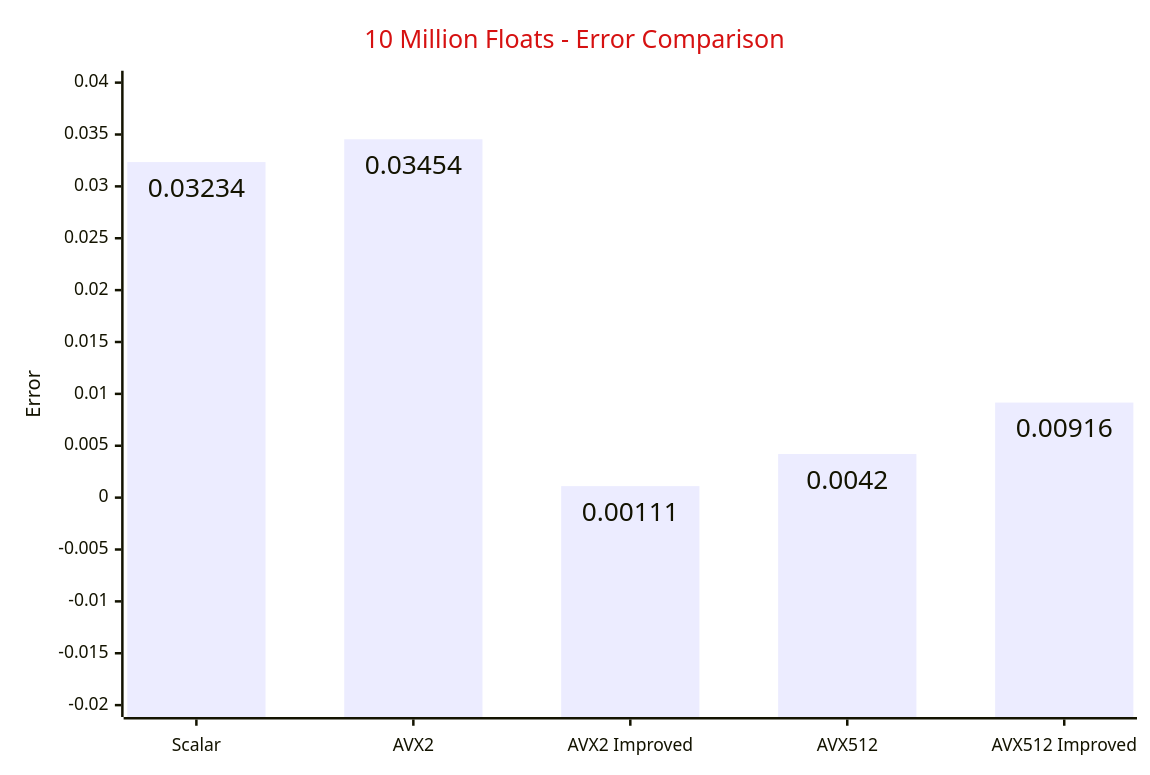
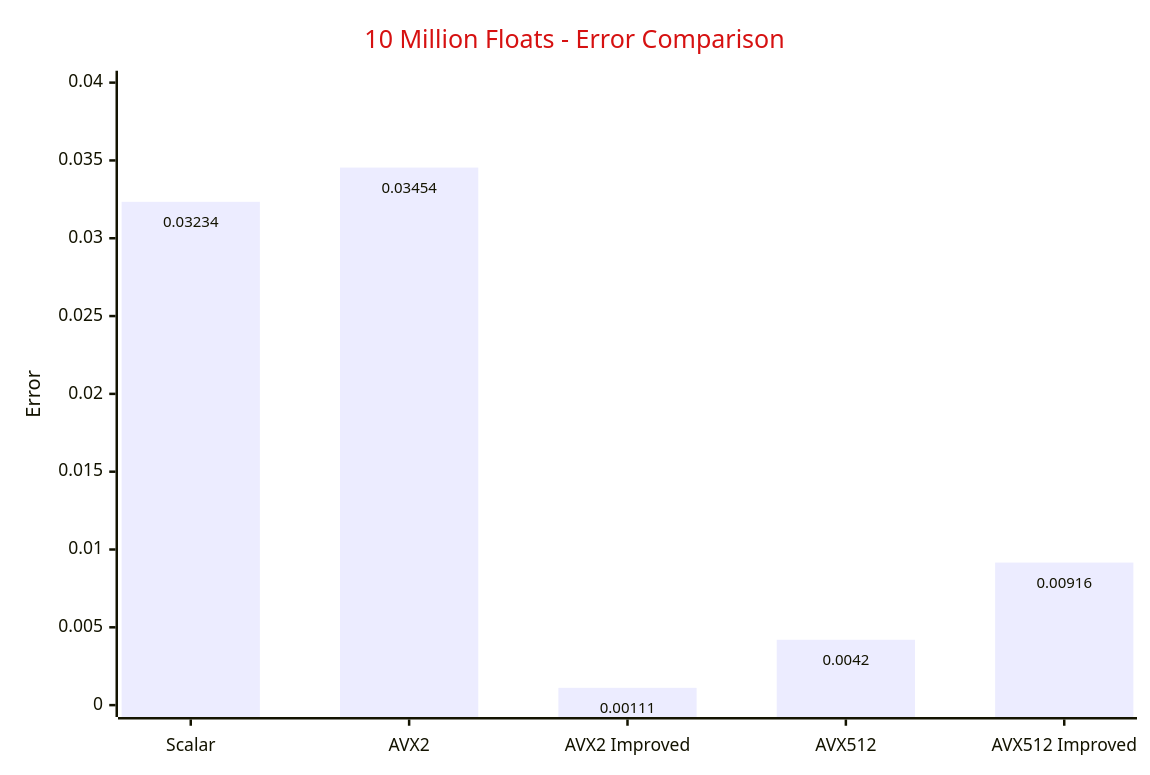
The fourth of 6 diagrams in README.md (Firecon/c-intrinsic-test), drawn with Mermaid before and after one commit. The commit also changed other lines of this file, not shown here.

````diff
--- a/README.md
+++ b/README.md
@@ -89,17 +89,17 @@
 ```mermaid
 ---
 config:
     xyChart:
         width: 900
         height: 600
         showDataLabel: true
     themeVariables:
         xyChart:
             titleColor: "#d61111ff"
 ---
 xychart-beta
     title "10 Million Floats - Error Comparison"
     x-axis ["Scalar", "AVX2", "AVX2 Improved", "AVX512", "AVX512 Improved"]
-    y-axis "Error" -0.02 --> 0.04
+    y-axis "Error" 0.0 --> 0.04
     bar [0.03234, 0.03454, 0.00111, 0.00420, 0.00916]
 ```
````
